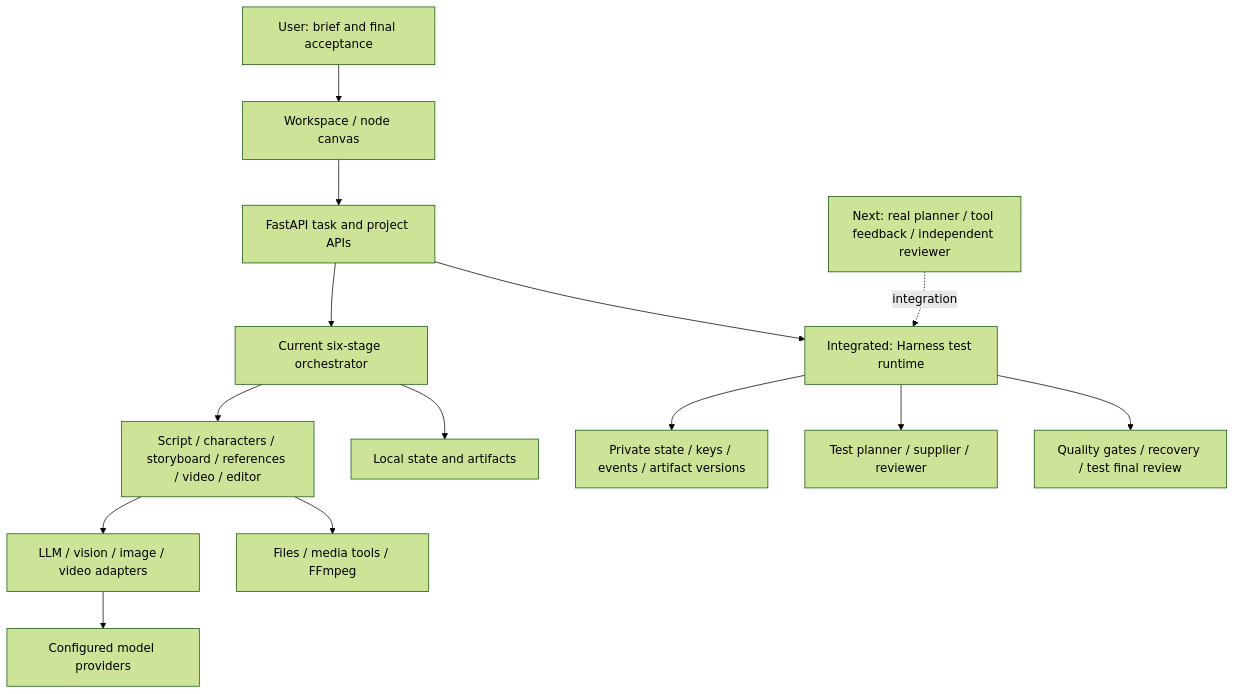
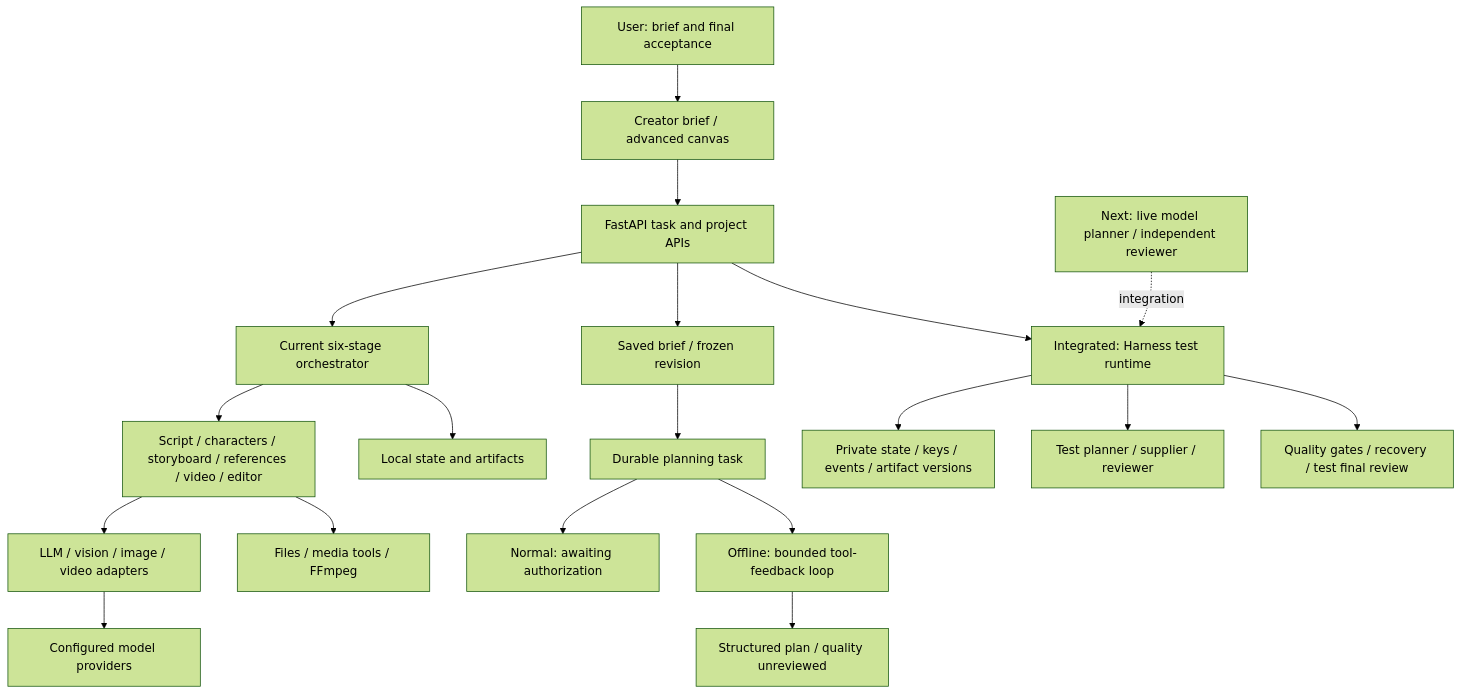
The diagram in README_EN.md (leo-ai-pm/LeonTV), drawn with Mermaid (forest theme) before and after one commit. The commit also changed other lines of this file and 25 other files, not shown here.

Commit message:
feat: connect frozen creator briefs to bounded planner tasks

````diff
--- a/README_EN.md
+++ b/README_EN.md
@@ -60,16 +62,21 @@
 ```mermaid
 flowchart TD
-    User[User: brief and final acceptance] --> UI[Workspace / node canvas]
+    User[User: brief and final acceptance] --> UI[Creator brief / advanced canvas]
     UI --> API[FastAPI task and project APIs]
     API --> Workflow[Current six-stage orchestrator]
     Workflow --> Agents[Script / characters / storyboard / references / video / editor]
     Agents --> Models[LLM / vision / image / video adapters]
     Agents --> Tools[Files / media tools / FFmpeg]
     Workflow --> Store[Local state and artifacts]
     Models --> Providers[Configured model providers]
+    API --> Brief[Saved brief / frozen revision]
+    Brief --> Planner[Durable planning task]
+    Planner --> Wait[Normal: awaiting authorization]
+    Planner --> Loop[Offline: bounded tool-feedback loop]
+    Loop --> Plan[Structured plan / quality unreviewed]
     API --> Runtime[Integrated: Harness test runtime]
     Runtime --> Private[Private state / keys / events / artifact versions]
     Runtime --> Fixtures[Test planner / supplier / reviewer]
     Runtime --> Gates[Quality gates / recovery / test final review]
-    Harness[Next: real planner / tool feedback / independent reviewer] -.integration.-> Runtime
+    Harness[Next: live model planner / independent reviewer] -.integration.-> Runtime
 ```
````
